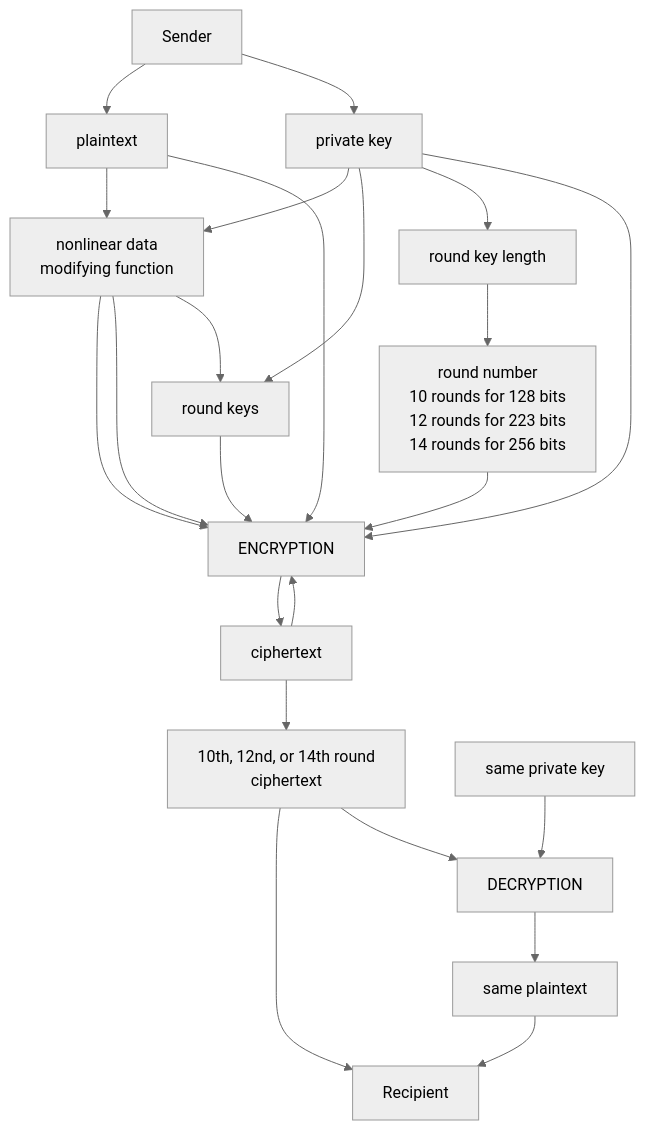
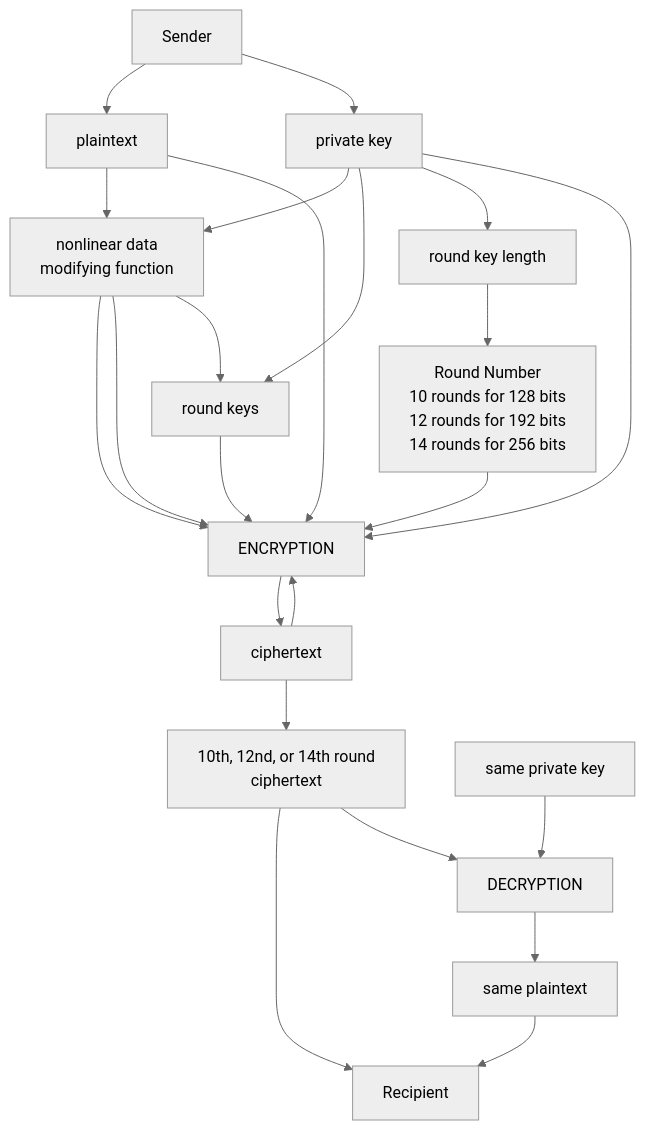
Before and after one commit to Kietpawpan/encryption: the diagram in README.md, drawn with Mermaid (neutral theme).

````diff
--- a/README.md
+++ b/README.md
@@ -5,15 +5,15 @@
 ```mermaid
 flowchart TD
     A[Sender] --> B[plaintext]-->FC
     C[private key]-->FC-->D[ENCRYPTION]-->E[ciphertext]-->D
     E-->FN[10th, 12nd, or 14th round\nciphertext]-->F[Recipient]
     C2[same private key]-->G[DECRYPTION]-->I[same plaintext]-->F
      FN-->G
 A-->C
 C-->RK[round keys]-->D
-C-->RKL[round key length]-->RN[round number\n10 rounds for 128 bits\n12 rounds for 223 bits\n14 rounds for 256 bits]-->D
+C-->RKL[round key length]-->RN[Round Number\n10 rounds for 128 bits\n12 rounds for 192 bits\n14 rounds for 256 bits]-->D
 FC[nonlinear data \nmodifying function]-->D
 FC-->RK
 B-->D
 C-->D
 ```
````
